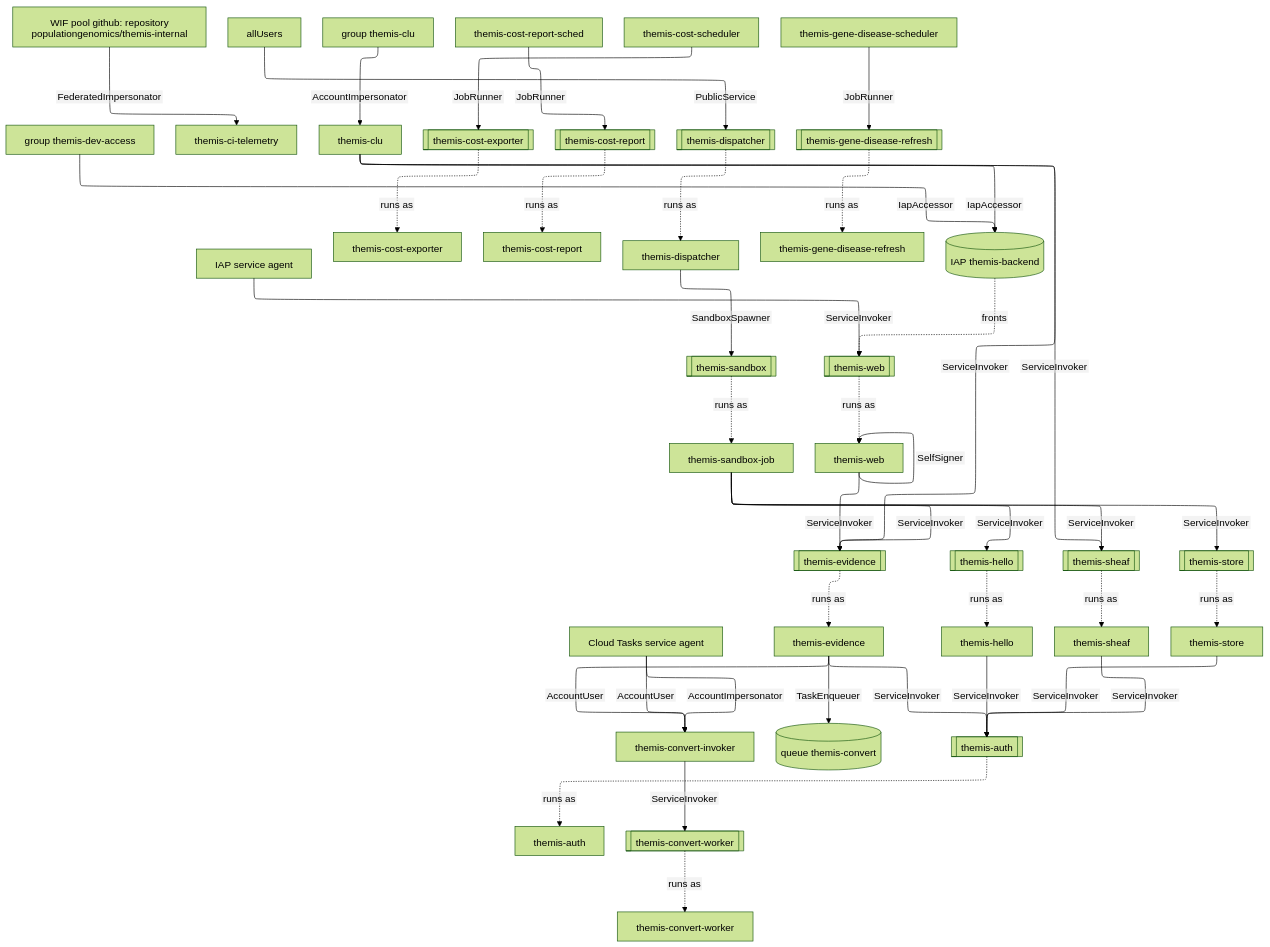
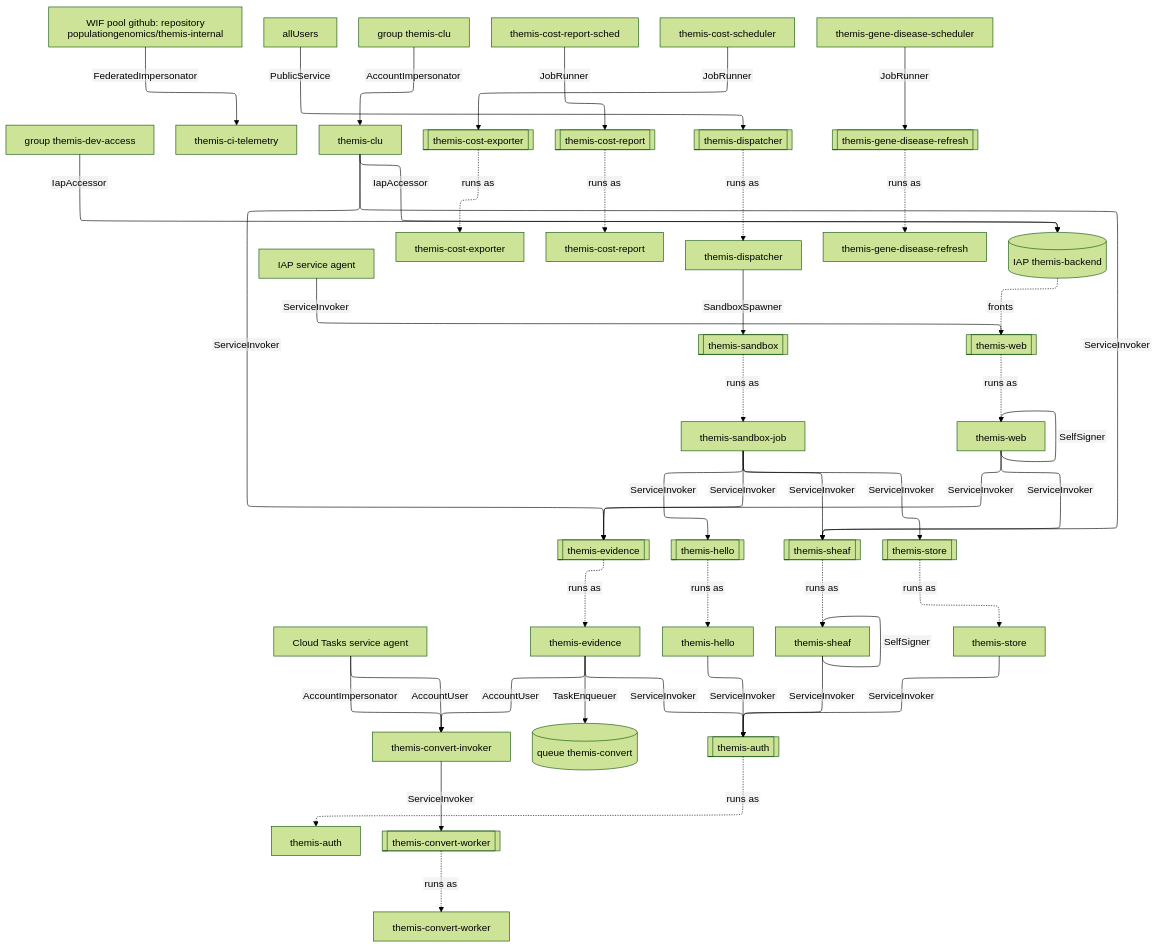
One commit to populationgenomics/themis changed the diagram in docs/design/grants/calls.mmd. Above: the diagram before and after it, drawn with Mermaid (forest theme). The commit also changed 38 other files, not shown here.

```diff
--- a/docs/design/grants/calls.mmd
+++ b/docs/design/grants/calls.mmd
@@ -1,80 +1,82 @@
 %%{init: {"layout": "elk", "elk": {"mergeEdges": true, "nodePlacementStrategy": "NETWORK_SIMPLEX"}, "htmlLabels": false, "flowchart": {"htmlLabels": false, "wrappingWidth": 320}}}%%
 flowchart TB
     n0["Cloud Tasks service agent"]
     n1["IAP service agent"]
     n2["WIF pool github: repository populationgenomics/themis-internal"]
     n3["allUsers"]
     n4["group themis-clu"]
     n5["group themis-dev-access"]
     n6["themis-auth"]
     n7["themis-ci-telemetry"]
     n8["themis-clu"]
     n9["themis-convert-invoker"]
     n10["themis-convert-worker"]
     n11["themis-cost-exporter"]
     n12["themis-cost-report"]
     n13["themis-cost-report-sched"]
     n14["themis-cost-scheduler"]
     n15["themis-dispatcher"]
     n16["themis-evidence"]
     n17["themis-gene-disease-refresh"]
     n18["themis-gene-disease-scheduler"]
     n19["themis-hello"]
     n20["themis-sandbox-job"]
     n21["themis-sheaf"]
     n22["themis-store"]
     n23["themis-web"]
     n24[("IAP themis-backend")]
     n25[("queue themis-convert")]
     n26[["themis-auth"]]
     n27[["themis-convert-worker"]]
     n28[["themis-cost-exporter"]]
     n29[["themis-cost-report"]]
     n30[["themis-dispatcher"]]
     n31[["themis-evidence"]]
     n32[["themis-gene-disease-refresh"]]
     n33[["themis-hello"]]
     n34[["themis-sandbox"]]
     n35[["themis-sheaf"]]
     n36[["themis-store"]]
     n37[["themis-web"]]
     n0 -->|AccountImpersonator| n9
     n0 -->|AccountUser| n9
     n1 -->|ServiceInvoker| n37
     n2 -->|FederatedImpersonator| n7
     n3 -->|PublicService| n30
     n4 -->|AccountImpersonator| n8
     n5 -->|IapAccessor| n24
     n8 -->|IapAccessor| n24
     n8 -->|ServiceInvoker| n31
     n8 -->|ServiceInvoker| n35
     n9 -->|ServiceInvoker| n27
     n13 -->|JobRunner| n29
     n14 -->|JobRunner| n28
     n15 -->|SandboxSpawner| n34
     n16 -->|AccountUser| n9
     n16 -->|ServiceInvoker| n26
     n16 -->|TaskEnqueuer| n25
     n18 -->|JobRunner| n32
     n19 -->|ServiceInvoker| n26
     n20 -->|ServiceInvoker| n31
     n20 -->|ServiceInvoker| n33
     n20 -->|ServiceInvoker| n35
     n20 -->|ServiceInvoker| n36
+    n21 -->|SelfSigner| n21
     n21 -->|ServiceInvoker| n26
     n22 -->|ServiceInvoker| n26
     n23 -->|SelfSigner| n23
     n23 -->|ServiceInvoker| n31
+    n23 -->|ServiceInvoker| n35
     n24 -. fronts .-> n37
     n26 -. runs as .-> n6
     n27 -. runs as .-> n10
     n28 -. runs as .-> n11
     n29 -. runs as .-> n12
     n30 -. runs as .-> n15
     n31 -. runs as .-> n16
     n32 -. runs as .-> n17
     n33 -. runs as .-> n19
     n34 -. runs as .-> n20
     n35 -. runs as .-> n21
     n36 -. runs as .-> n22
     n37 -. runs as .-> n23
```
